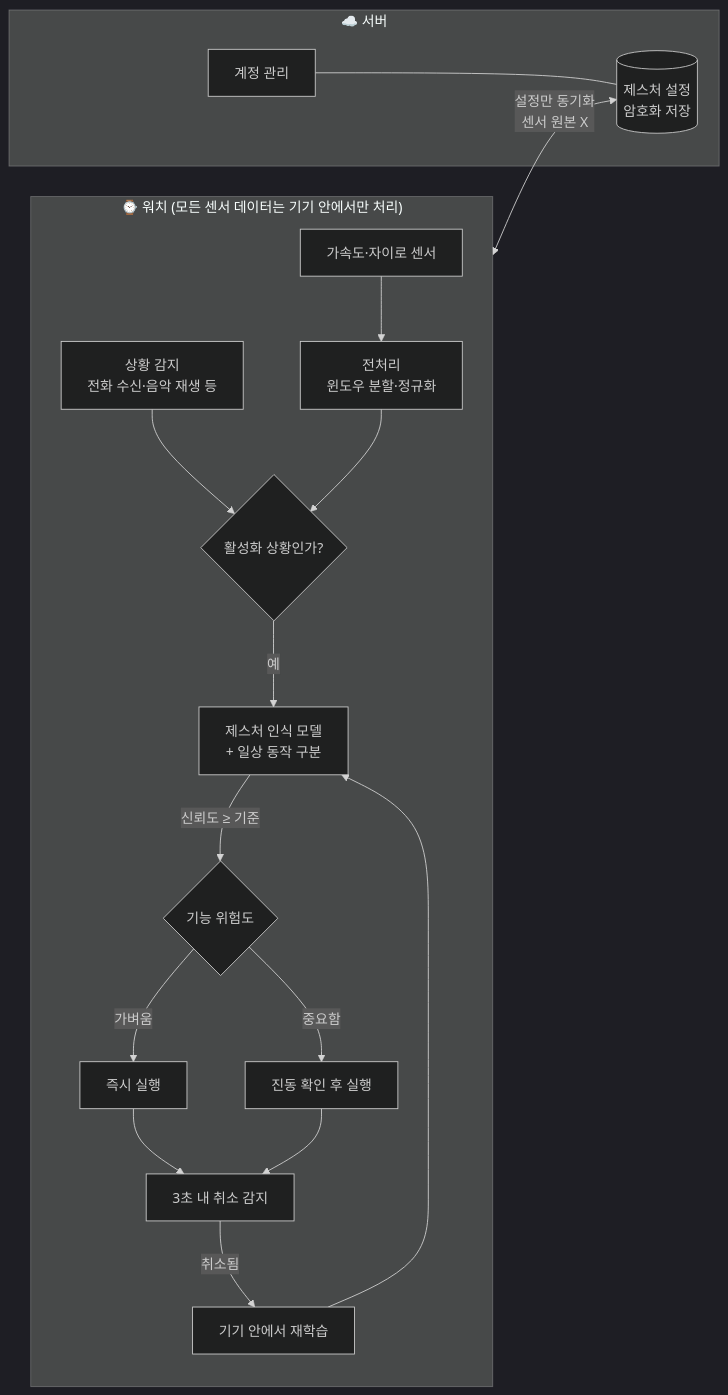
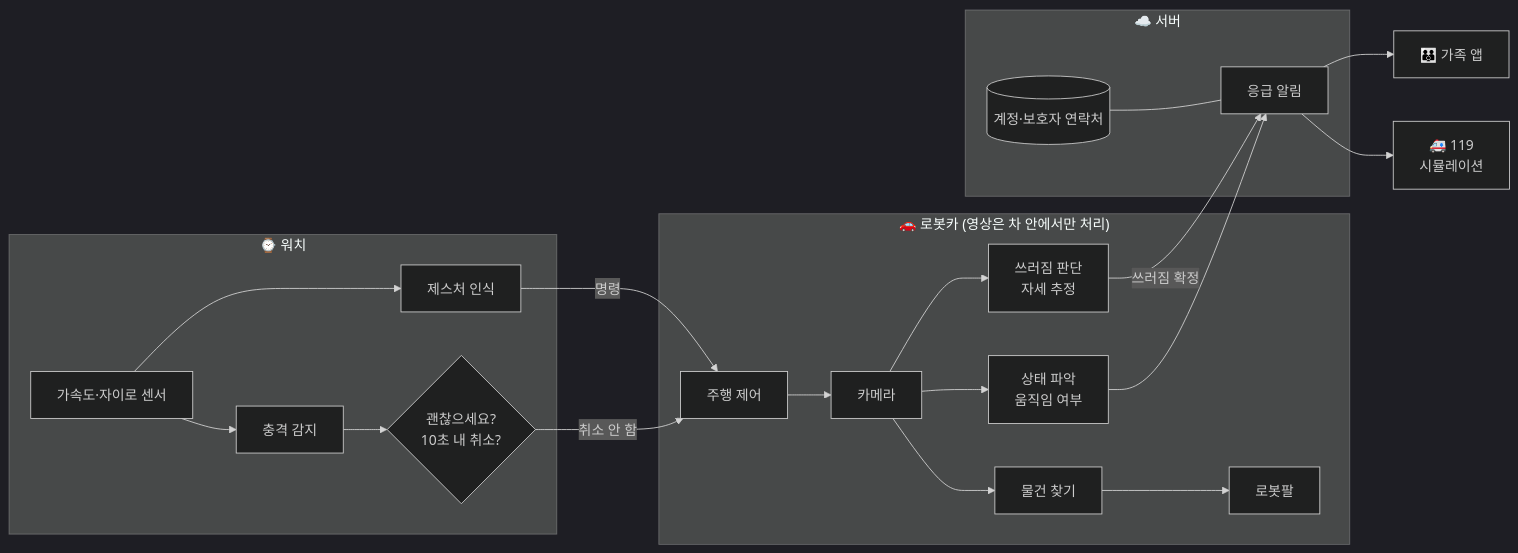
Before and after one commit to W-tch0ut/watchout: the diagram in README.md, drawn with Mermaid (dark theme). The commit also changed other lines of this file, not shown here.

````diff
--- a/README.md
+++ b/README.md
@@ -52,22 +71,27 @@
 ```mermaid
 flowchart LR
-    subgraph Watch["⌚ 워치 (모든 센서 데이터는 기기 안에서만 처리)"]
-        S[가속도·자이로 센서] --> P[전처리<br/>윈도우 분할·정규화]
-        C[상황 감지<br/>전화 수신·음악 재생 등] --> G{활성화 상황인가?}
-        P --> G
-        G -->|예| M[제스처 인식 모델<br/>+ 일상 동작 구분]
-        M -->|신뢰도 ≥ 기준| R{기능 위험도}
-        R -->|가벼움| E[즉시 실행]
-        R -->|중요함| V[진동 확인 후 실행]
-        E --> F[3초 내 취소 감지]
-        V --> F
-        F -->|취소됨| L[기기 안에서 재학습]
-        L --> M
+    subgraph Watch["⌚ 워치"]
+        S[가속도·자이로 센서] --> GR[제스처 인식]
+        S --> IM[충격 감지]
+        IM --> OK{괜찮으세요?<br/>10초 내 취소?}
+    end
+    subgraph Car["🚗 로봇카 (영상은 차 안에서만 처리)"]
+        CTRL[주행 제어]
+        CAM[카메라] --> FD[쓰러짐 판단<br/>자세 추정]
+        CAM --> ST[상태 파악<br/>움직임 여부]
+        CAM --> OBJ[물건 찾기]
+        OBJ --> ARM[로봇팔]
     end
     subgraph Server["☁️ 서버"]
-        ACC[계정 관리]
-        DB[(제스처 설정<br/>암호화 저장)]
+        DB[(계정·보호자 연락처)]
+        NOTI[응급 알림]
     end
-    Watch <-->|설정만 동기화<br/>센서 원본 X| DB
-    ACC --- DB
+    GR -->|명령| CTRL
+    OK -->|취소 안 함| CTRL
+    CTRL --> CAM
+    FD -->|쓰러짐 확정| NOTI
+    ST --> NOTI
+    NOTI --> FAM[👪 가족 앱]
+    NOTI --> E119[🚑 119<br/>시뮬레이션]
+    DB --- NOTI
 ```
````
